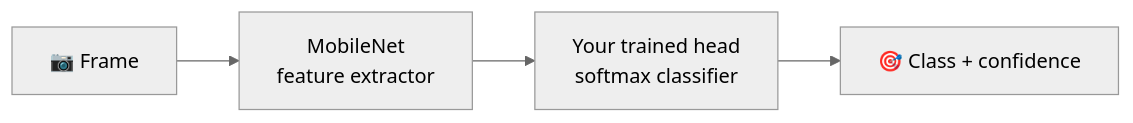
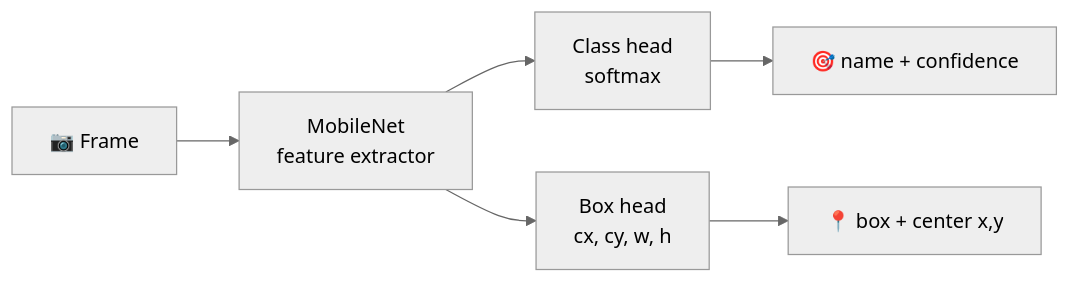
Before and after one commit to TESR-Channel/AI_vision_Trainer: the second of 2 diagrams in README.md, drawn with Mermaid (neutral theme). The commit also changed other lines of this file and 1 other file, not shown here.

Commit message:
v2: choose Object Detection or Classification — draw your own boxes in-browser, live center (x,y) readout, photo-count guidance, task-aware Python export (COCO-SSD removed)

````diff
--- a/README.md
+++ b/README.md
@@ -83,6 +67,8 @@
 ```mermaid
 flowchart LR
     F[📷 Frame] --> M[MobileNet<br>feature extractor]
-    M --> H[Your trained head<br>softmax classifier]
-    H --> P[🎯 Class + confidence]
+    M --> H[Class head<br>softmax]
+    M --> B[Box head<br>cx, cy, w, h]
+    H --> P[🎯 name + confidence]
+    B --> Q[📍 box + center x,y]
 ```
````
